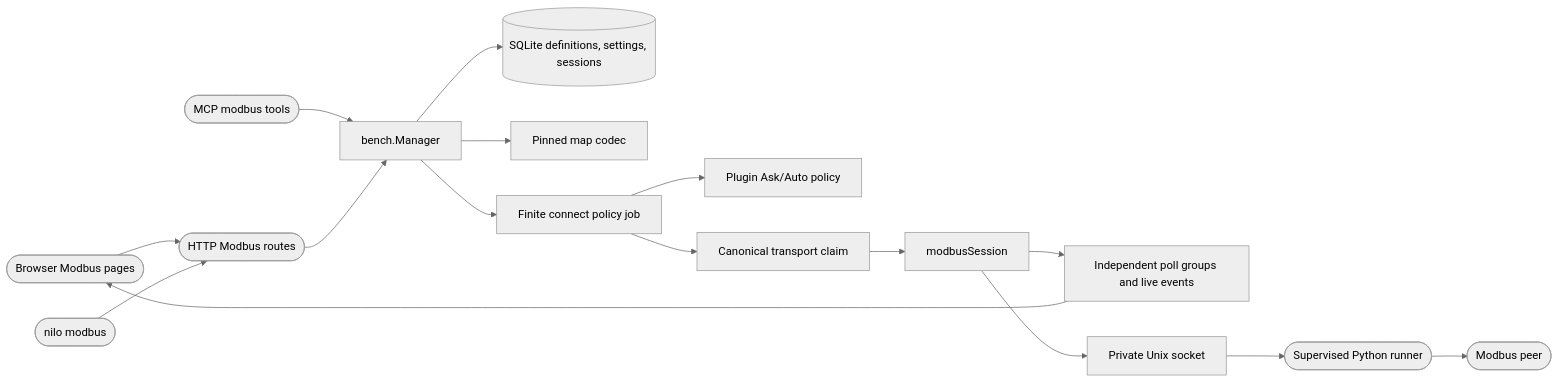
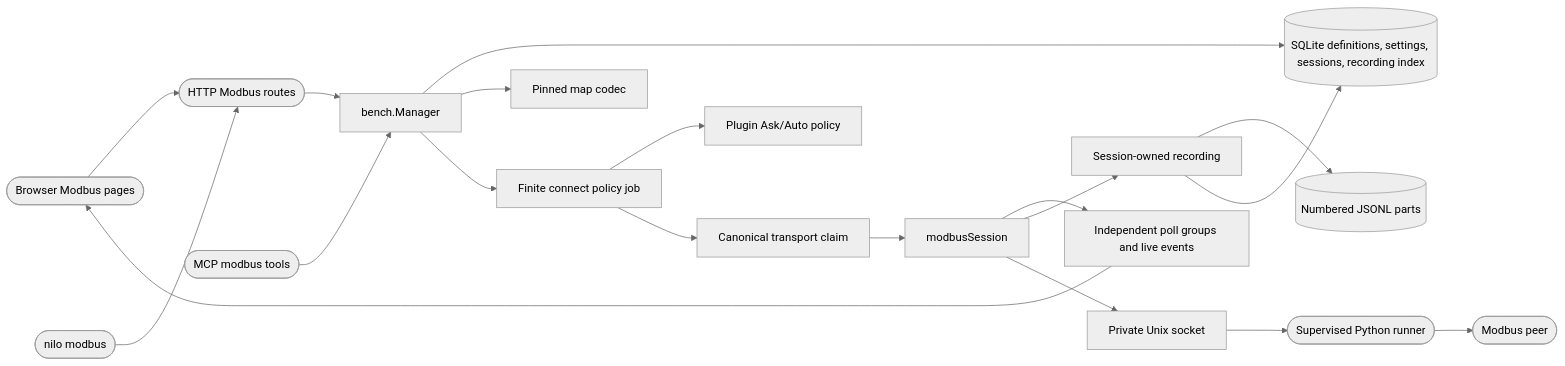
Before and after one commit to DDP-Engineering/2026_Networked_Intelligent_Lab_Orchestrator: the diagram in .agentic/knowledge/modbus-integration.md, drawn with Mermaid (neutral theme). The commit also changed other lines of this file and 47 other files, not shown here.

````diff
--- a/.agentic/knowledge/modbus-integration.md
+++ b/.agentic/knowledge/modbus-integration.md
@@ -69,18 +74,21 @@
 ```mermaid
 flowchart LR
     UI([Browser Modbus pages]) --> API([HTTP Modbus routes])
     CLI([nilo modbus]) --> API
     MCP([MCP modbus tools]) --> Manager[bench.Manager]
     API --> Manager
-    Manager --> DB[(SQLite definitions, settings, sessions)]
+    Manager --> DB[(SQLite definitions, settings, sessions, recording index)]
     Manager --> Codec["Pinned map codec"]
     Manager --> Job[Finite connect policy job]
     Job --> Policy[Plugin Ask/Auto policy]
     Job --> Claim[Canonical transport claim]
     Claim --> Session[modbusSession]
     Session --> Poll["Independent poll groups and live events"]
+    Session --> Recorder["Session-owned recording"]
+    Recorder --> Parts[(Numbered JSONL parts)]
+    Recorder --> DB
     Poll --> UI
     Session --> Socket[Private Unix socket]
     Socket --> Runner([Supervised Python runner])
     Runner --> Peer([Modbus peer])
 ```
````
